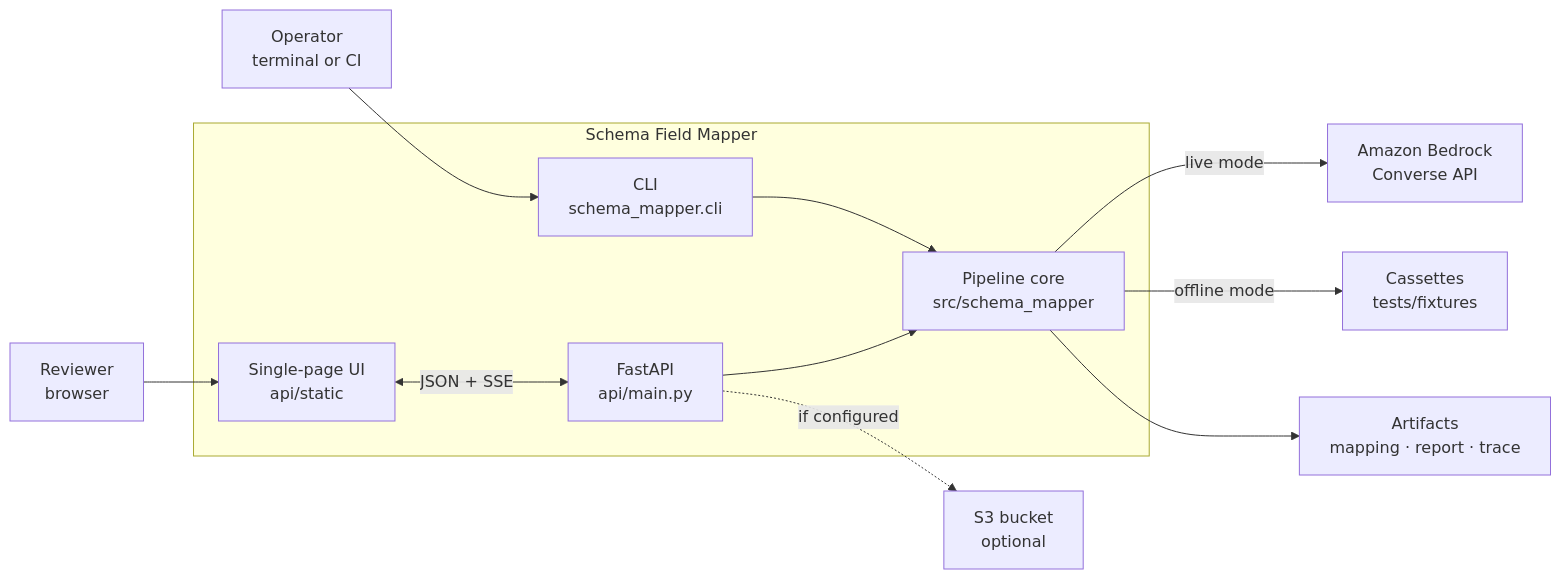
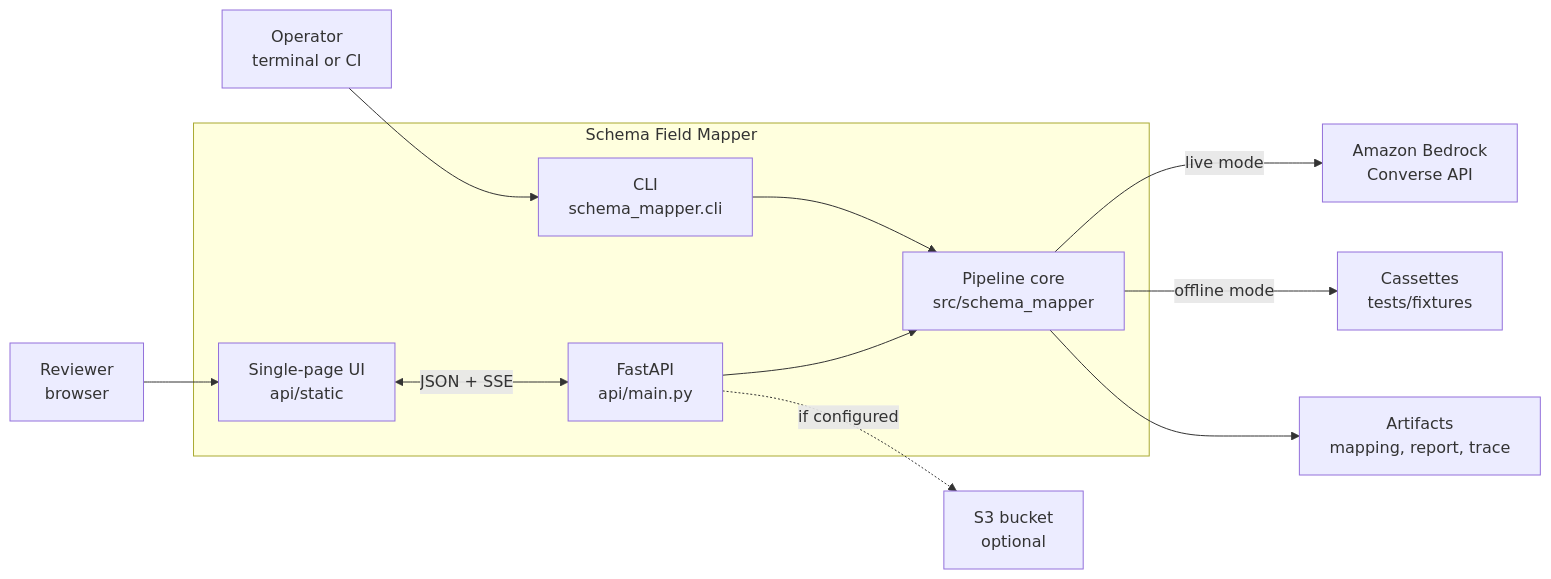
One commit to Raviteja-Ainampudi/schema_field_mapper changed the first of 5 diagrams in docs/ARCHITECTURE.md. Above: the diagram before and after it, drawn with Mermaid. The commit also changed 9 other files, not shown here.

First line of the commit message:
Refactor and enhance documentation for schema mapping tool

````diff
--- a/docs/ARCHITECTURE.md
+++ b/docs/ARCHITECTURE.md
@@ -19,27 +19,27 @@
 ```mermaid
 flowchart LR
     reviewer["Reviewer<br/>browser"]
     operator["Operator<br/>terminal or CI"]
 
     subgraph app["Schema Field Mapper"]
         spa["Single-page UI<br/>api/static"]
         api["FastAPI<br/>api/main.py"]
         cli["CLI<br/>schema_mapper.cli"]
         core["Pipeline core<br/>src/schema_mapper"]
         spa <-->|"JSON + SSE"| api
         api --> core
         cli --> core
     end
 
     bedrock["Amazon Bedrock<br/>Converse API"]
     cassettes["Cassettes<br/>tests/fixtures"]
-    artifacts["Artifacts<br/>mapping · report · trace"]
+    artifacts["Artifacts<br/>mapping, report, trace"]
     s3["S3 bucket<br/>optional"]
 
     reviewer --> spa
     operator --> cli
     core -->|"live mode"| bedrock
     core -->|"offline mode"| cassettes
     core --> artifacts
     api -.->|"if configured"| s3
 ```
````
